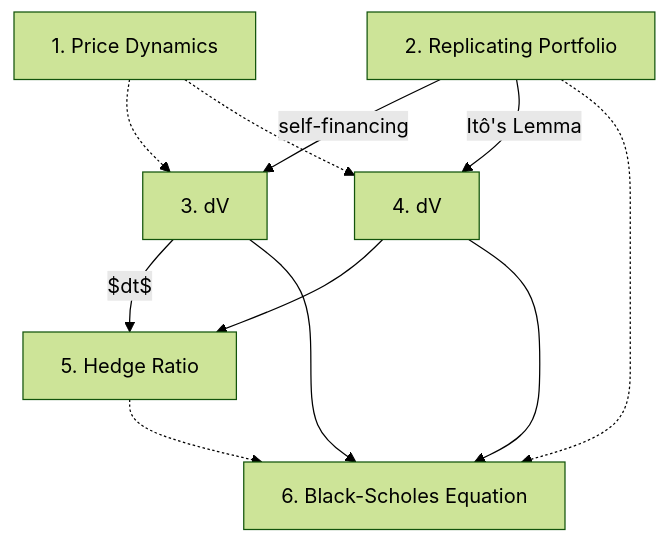
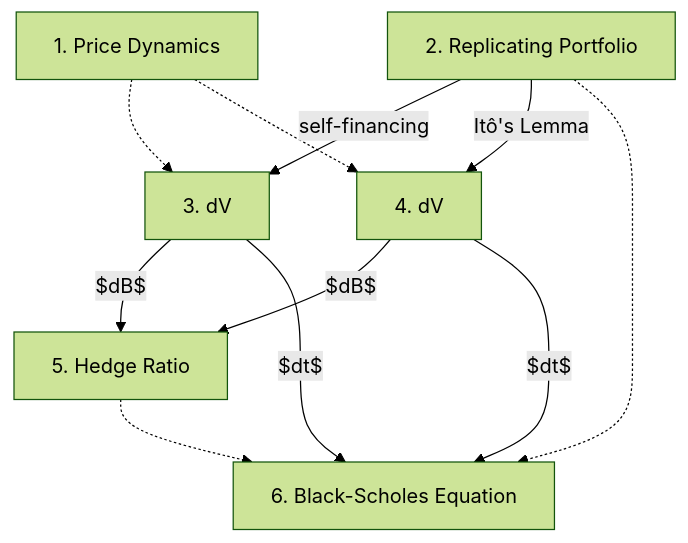
One commit to imfl/beautiful-jekyll changed the diagram in _posts/2018-05-27-a-very-quick-derivation-of-Black-Scholes-equation.md. Above: the diagram before and after it, drawn with Mermaid (forest theme).

```diff
--- a/_posts/2018-05-27-a-very-quick-derivation-of-Black-Scholes-equation.md
+++ b/_posts/2018-05-27-a-very-quick-derivation-of-Black-Scholes-equation.md
@@ -97,13 +97,13 @@
 <div class="mermaid">
 graph TD
     A[1. Price Dynamics] -.-> C[3. dV]
     B[2. Replicating Portfolio] --self-financing--> C[3. dV]
     B --Itô's Lemma--> D[4. dV]
     A -.-> D
-    C --$dt$--> E[5. Hedge Ratio]
-    C --> F[6. Black-Scholes Equation]
-    D --> E
-    D --> F
+    C --$dB$--> E[5. Hedge Ratio]
+    C --$dt$--> F[6. Black-Scholes Equation]
+    D --$dB$--> E
+    D --$dt$--> F
     B -.->F
     E -.-> F
 </div>
```
